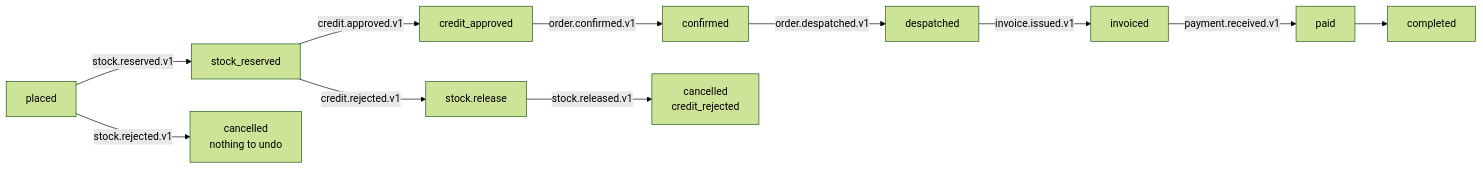
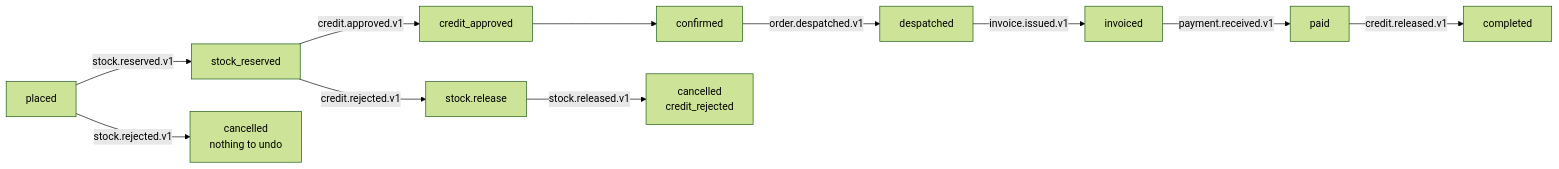
The second of 2 diagrams in README.md (peelmicro/order-to-cash-nestjs), drawn with Mermaid (forest theme) before and after one commit. The commit also changed other lines of this file and 4 other files, not shown here.

````diff
--- a/README.md
+++ b/README.md
@@ -139,14 +151,15 @@
 ```mermaid
 flowchart LR
     P["placed"] -->|stock.reserved.v1| SR["stock_reserved"]
+    %% credit.approved.v1 moves the order through TWO states in one handler
     SR -->|credit.approved.v1| CA["credit_approved"]
-    CA -->|order.confirmed.v1| C["confirmed"]
+    CA --> C["confirmed"]
     C -->|order.despatched.v1| D["despatched"]
     D -->|invoice.issued.v1| I["invoiced"]
     I -->|payment.received.v1| PD["paid"]
-    PD --> DONE["completed"]
+    PD -->|credit.released.v1| DONE["completed"]
 
     P -->|stock.rejected.v1| X1["cancelled<br/>nothing to undo"]
     SR -->|credit.rejected.v1| REL["stock.release"]
     REL -->|stock.released.v1| X2["cancelled<br/>credit_rejected"]
 ```
````
